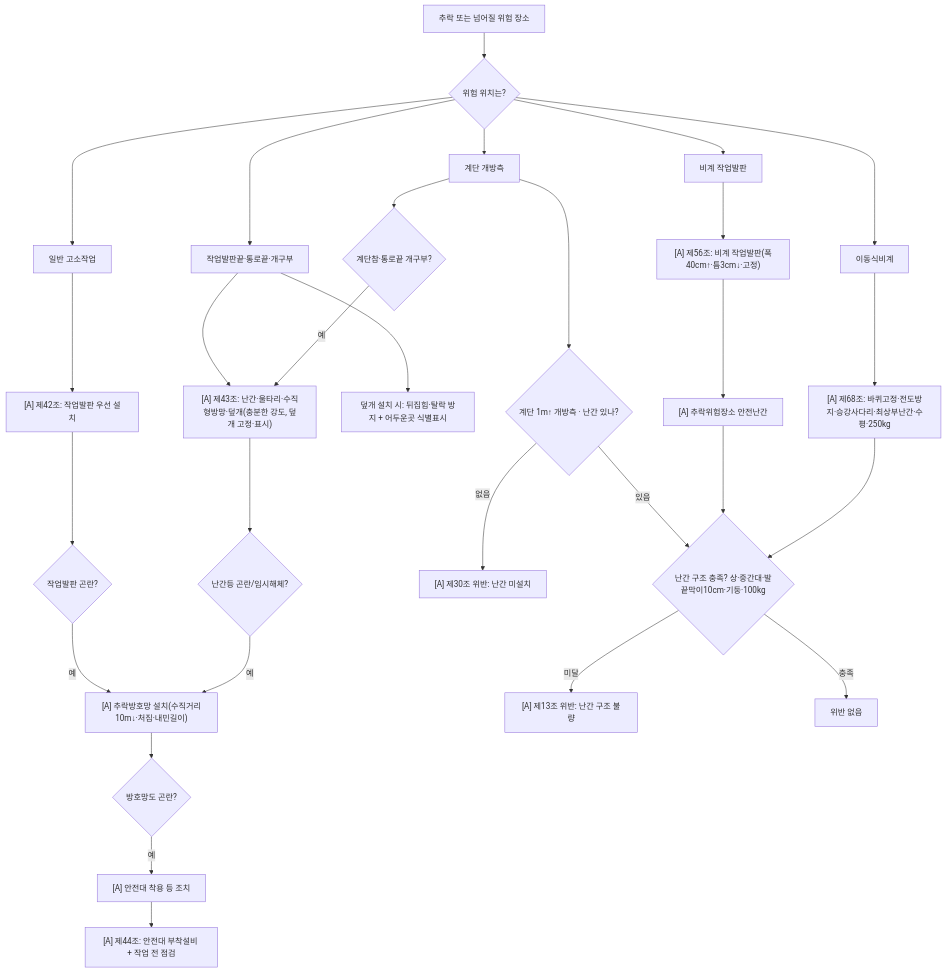
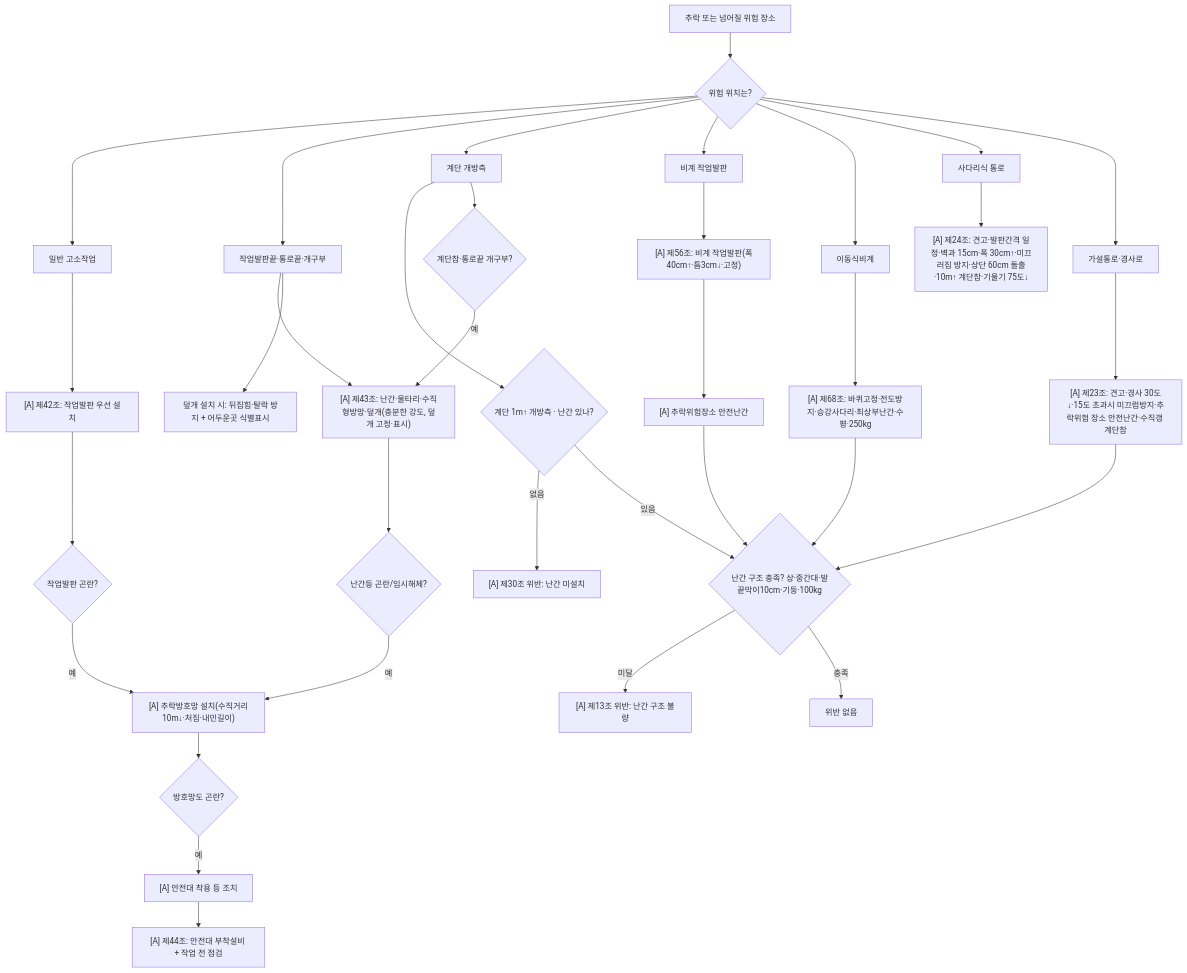
Before and after one commit to jinbless/arch-bot: the diagram in docs/knowledge/감독관-판단기준/H01-추락.md, drawn with Mermaid. The commit also changed other lines of this file and 11 other files, not shown here.

````diff
--- a/docs/knowledge/감독관-판단기준/H01-추락.md
+++ b/docs/knowledge/감독관-판단기준/H01-추락.md
@@ -16,36 +16,42 @@
 ```mermaid
 flowchart TD
   A[추락 또는 넘어질 위험 장소] --> B{위험 위치는?}
   B --> C[일반 고소작업]
   B --> D[작업발판끝·통로끝·개구부]
   B --> E[계단 개방측]
   B --> F[비계 작업발판]
   B --> G[이동식비계]
+  B --> S[사다리식 통로]
+  B --> T[가설통로·경사로]
+
+  S --> S1["[A] 제24조: 견고·발판간격 일정·벽과 15cm·폭 30cm↑·미끄러짐 방지·상단 60cm 돌출·10m↑ 계단참·기울기 75도↓"]
+  T --> T1["[A] 제23조: 견고·경사 30도↓·15도 초과시 미끄럼방지·추락위험 장소 안전난간·수직갱 계단참"]
+  T1 --> E2Q
 
   C --> C1["[A] 제42조: 작업발판 우선 설치"]
   C1 --> C2{작업발판 곤란?}
   C2 -->|예| C3["[A] 추락방호망 설치(수직거리10m↓·처짐·내민길이)"]
   C3 --> C4{방호망도 곤란?}
   C4 -->|예| C5["[A] 안전대 착용 등 조치"]
   C5 --> C6["[A] 제44조: 안전대 부착설비 + 작업 전 점검"]
 
   D --> D1["[A] 제43조: 난간·울타리·수직형방망·덮개(충분한 강도, 덮개 고정·표시)"]
   D1 --> D2{난간등 곤란/임시해체?}
   D2 -->|예| C3
   D --> D5["덮개 설치 시: 뒤집힘·탈락 방지 + 어두운곳 식별표시"]
 
   E --> EQ{"계단 1m↑ 개방측 · 난간 있나?"}
   EQ -->|없음| E1["[A] 제30조 위반: 난간 미설치"]
   EQ -->|있음| E2Q{"난간 구조 충족? 상·중간대·발끝막이10cm·기둥·100kg"}
   E2Q -->|미달| E2["[A] 제13조 위반: 난간 구조 불량"]
   E2Q -->|충족| EOK["위반 없음"]
   E --> E3{계단참·통로끝 개구부?}
   E3 -->|예| D1
 
   F --> F1["[A] 제56조: 비계 작업발판(폭40cm↑·틈3cm↓·고정)"]
   F1 --> F2["[A] 추락위험장소 안전난간"]
   F2 --> E2Q
 
   G --> G1["[A] 제68조: 바퀴고정·전도방지·승강사다리·최상부난간·수평·250kg"]
   G1 --> E2Q
 ```
````
